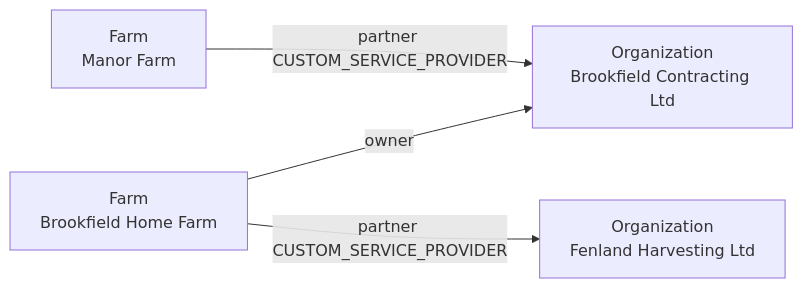
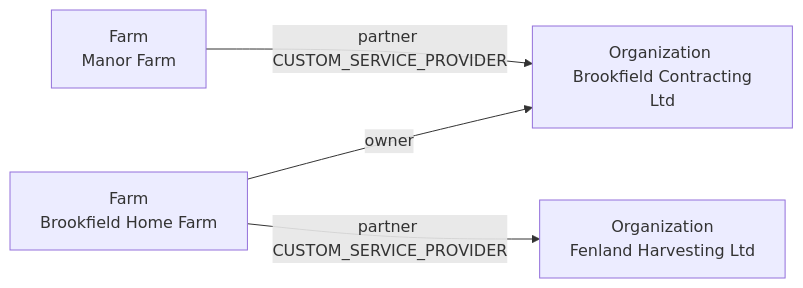
The fifth of 5 diagrams in architecture/08-party-model.md (DKE-Data/masterdata-sync-working-group), drawn with Mermaid before and after one commit. The commit also changed other lines of this file and 2 other files, not shown here.

Commit message:
Replace line endings in diagrams

````diff
--- a/architecture/08-party-model.md
+++ b/architecture/08-party-model.md
@@ -139,10 +127,6 @@
 ```mermaid
 flowchart LR
-    FM["Farm
-Brookfield Home Farm"] -->|"owner"| M["Organization
-Brookfield Contracting Ltd"]
-    FW["Farm
-Manor Farm"] -->|"partner CUSTOM_SERVICE_PROVIDER"| M
-    FM -->|"partner CUSTOM_SERVICE_PROVIDER"| S["Organization
-Fenland Harvesting Ltd"]
+    FM["Farm \n Brookfield Home Farm"] -->|"owner"| M["Organization \n Brookfield Contracting Ltd"]
+    FW["Farm \n Manor Farm"] -->|"partner CUSTOM_SERVICE_PROVIDER"| M
+    FM -->|"partner CUSTOM_SERVICE_PROVIDER"| S["Organization \n Fenland Harvesting Ltd"]
 ```
````
